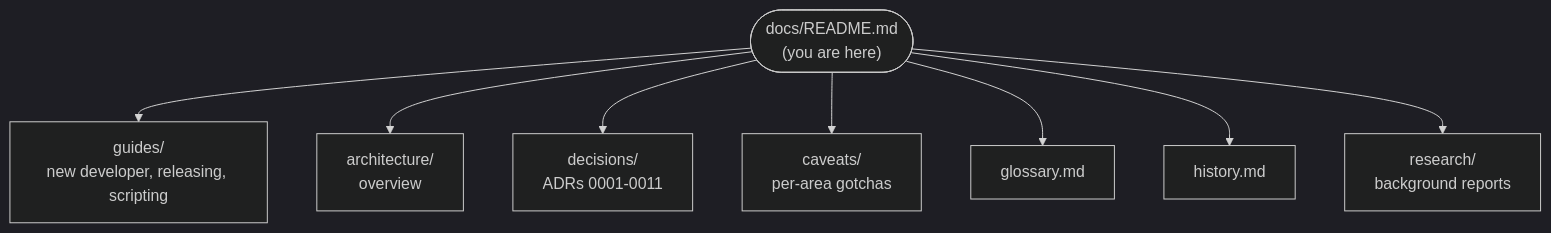
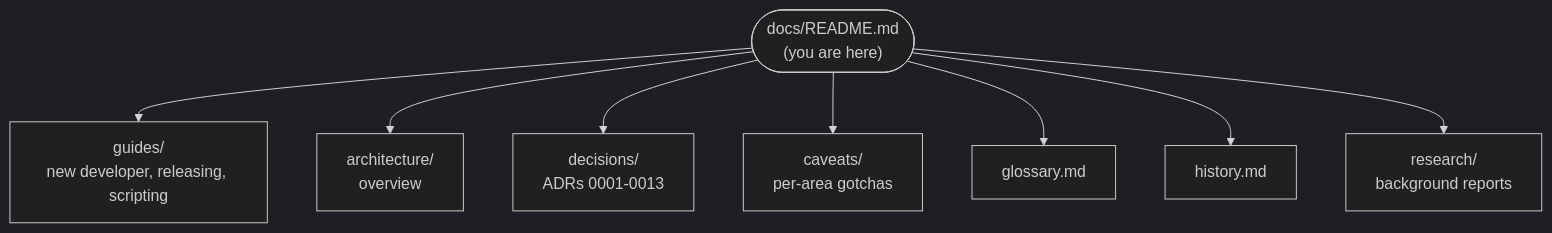
One commit to joebarbere/controls changed the diagram in docs/README.md. Above: the diagram before and after it, drawn with Mermaid (dark theme). The commit also changed other lines of this file and 90 other files, not shown here.

````diff
--- a/docs/README.md
+++ b/docs/README.md
@@ -5,11 +5,11 @@
 ```mermaid
 flowchart TD
     HUB(["docs/README.md<br/>(you are here)"])
     HUB --> G["guides/<br/>new developer, releasing, scripting"]
     HUB --> A["architecture/<br/>overview"]
-    HUB --> D["decisions/<br/>ADRs 0001-0011"]
+    HUB --> D["decisions/<br/>ADRs 0001-0013"]
     HUB --> C["caveats/<br/>per-area gotchas"]
     HUB --> GL["glossary.md"]
     HUB --> H["history.md"]
     HUB --> R["research/<br/>background reports"]
 ```
````
